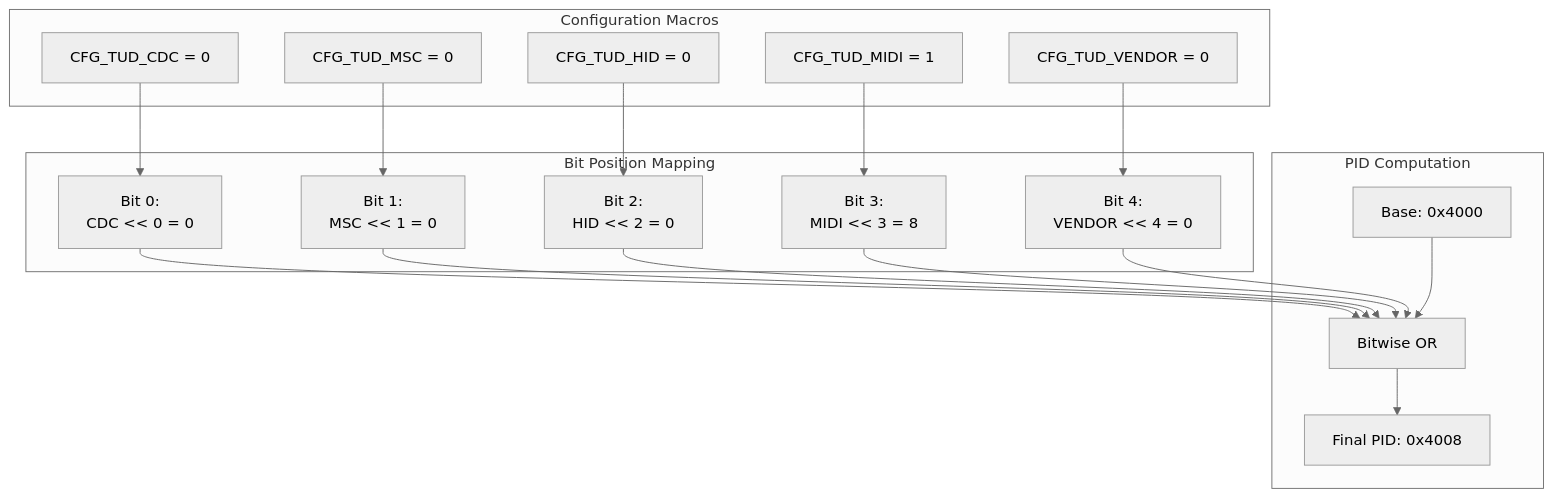
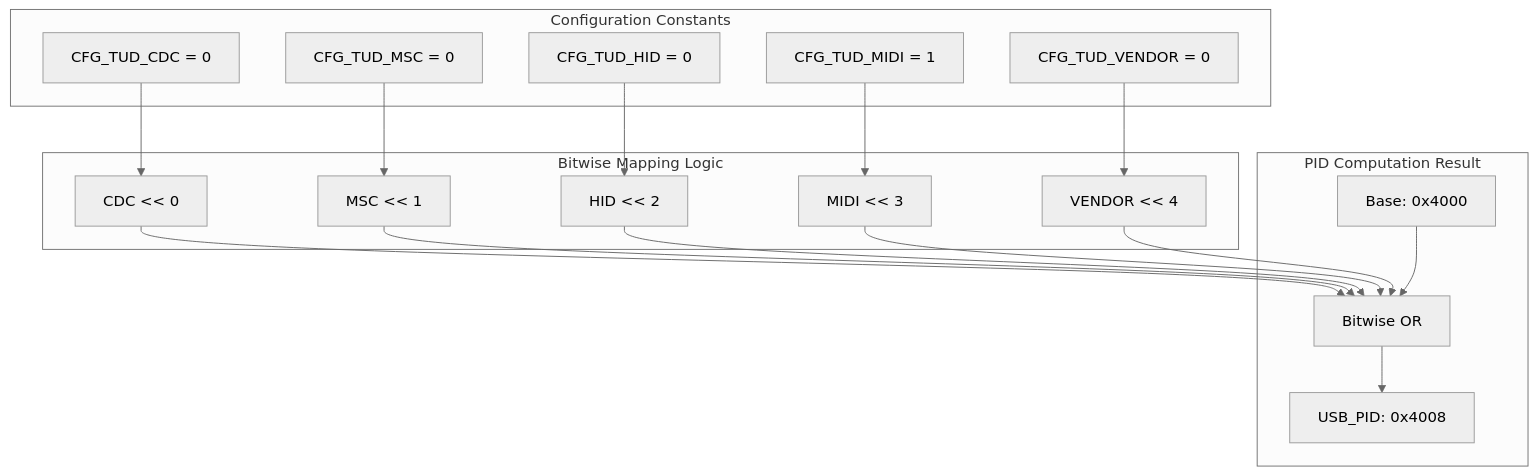
The fourth of 4 diagrams in wiki/6.2-usb-midi-configuration.md (Jus-Be/orinayo-pico), drawn with Mermaid (neutral theme) before and after one commit. The commit also changed other lines of this file and 42 other files, not shown here.

````diff
--- a/wiki/6.2-usb-midi-configuration.md
+++ b/wiki/6.2-usb-midi-configuration.md
@@ -371,52 +357,52 @@
 ```mermaid
 flowchart TD
 
 CDC["CFG_TUD_CDC = 0"]
 MSC["CFG_TUD_MSC = 0"]
 HID["CFG_TUD_HID = 0"]
 MIDI["CFG_TUD_MIDI = 1"]
 VENDOR["CFG_TUD_VENDOR = 0"]
-BIT0["Bit 0:<br>CDC << 0 = 0"]
-BIT1["Bit 1:<br>MSC << 1 = 0"]
-BIT2["Bit 2:<br>HID << 2 = 0"]
-BIT3["Bit 3:<br>MIDI << 3 = 8"]
-BIT4["Bit 4:<br>VENDOR << 4 = 0"]
+BIT0["CDC << 0"]
+BIT1["MSC << 1"]
+BIT2["HID << 2"]
+BIT3["MIDI << 3"]
+BIT4["VENDOR << 4"]
 BASE["Base: 0x4000"]
 OR["Bitwise OR"]
-RESULT["Final PID: 0x4008"]
+RESULT["USB_PID: 0x4008"]
 
 CDC --> BIT0
 MSC --> BIT1
 HID --> BIT2
 MIDI --> BIT3
 VENDOR --> BIT4
 BIT0 --> OR
 BIT1 --> OR
 BIT2 --> OR
 BIT3 --> OR
 BIT4 --> OR
 
-subgraph subGraph2 ["PID Computation"]
+subgraph subGraph2 ["PID Computation Result"]
     BASE
     OR
     RESULT
     BASE --> OR
     OR --> RESULT
 end
 
-subgraph subGraph1 ["Bit Position Mapping"]
+subgraph subGraph1 ["Bitwise Mapping Logic"]
     BIT0
     BIT1
     BIT2
     BIT3
     BIT4
 end
 
-subgraph subGraph0 ["Configuration Macros"]
+subgraph subGraph0 ["Configuration Constants"]
     CDC
     MSC
     HID
     MIDI
     VENDOR
 end
 ```
````
